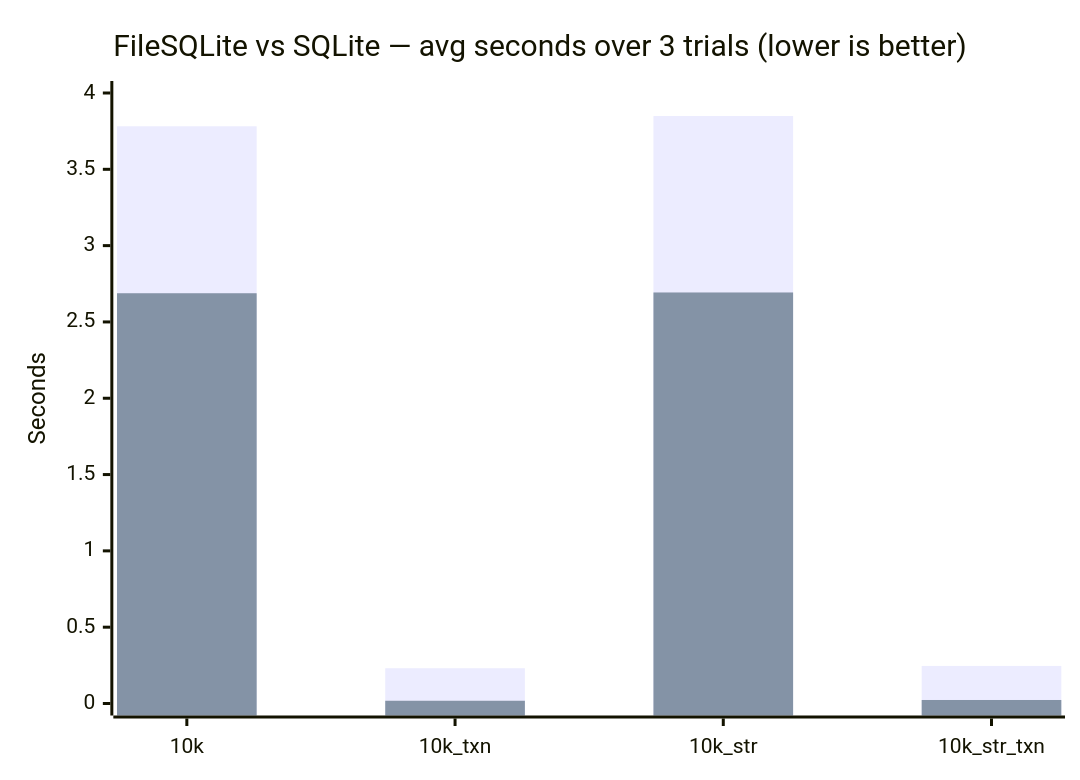
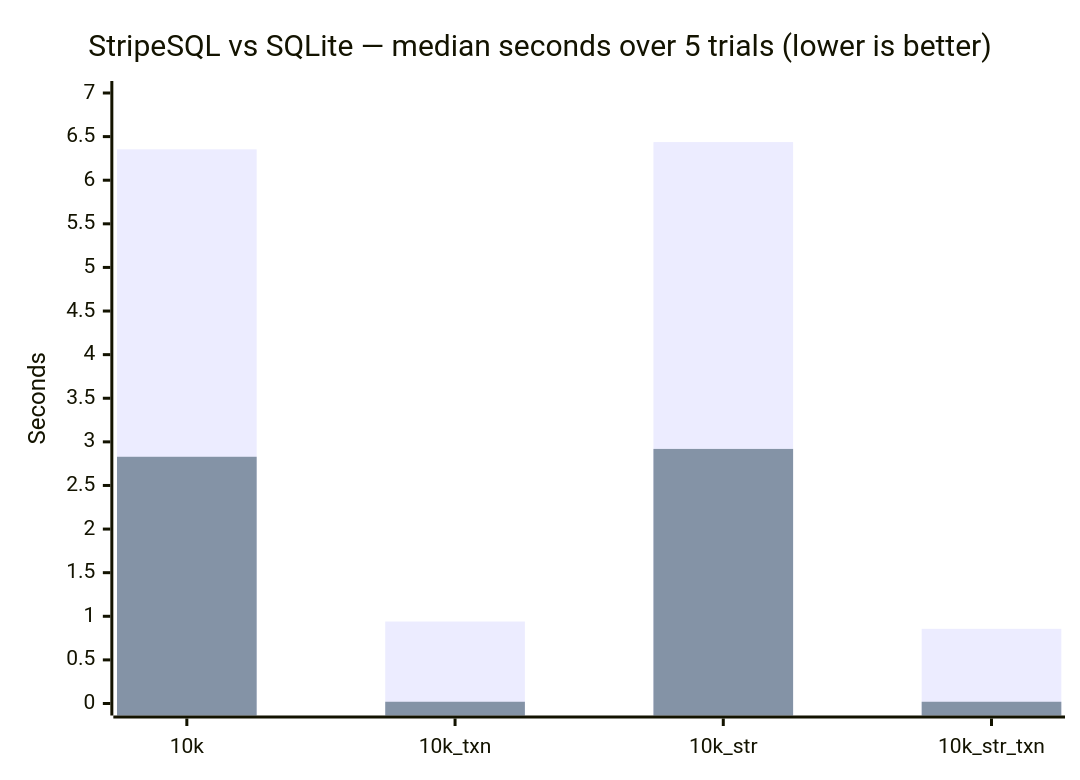
Before and after one commit to ekothavale/StripeSQL: the diagram in README.md, drawn with Mermaid. The commit also changed other lines of this file, not shown here.

````diff
--- a/README.md
+++ b/README.md
@@ -256,8 +284,8 @@
 ```mermaid
 xychart-beta
-    title "FileSQLite vs SQLite — avg seconds over 3 trials (lower is better)"
+    title "StripeSQL vs SQLite — median seconds over 5 trials (lower is better)"
     x-axis ["10k", "10k_txn", "10k_str", "10k_str_txn"]
-    y-axis "Seconds" 0 --> 4
-    bar "FileSQLite" [3.782, 0.231, 3.849, 0.246]
-    bar "SQLite" [2.688, 0.018, 2.693, 0.023]
+    y-axis "Seconds" 0 --> 7
+    bar "StripeSQL" [6.354, 0.940, 6.437, 0.856]
+    bar "SQLite" [2.829, 0.020, 2.919, 0.020]
 ```
````
